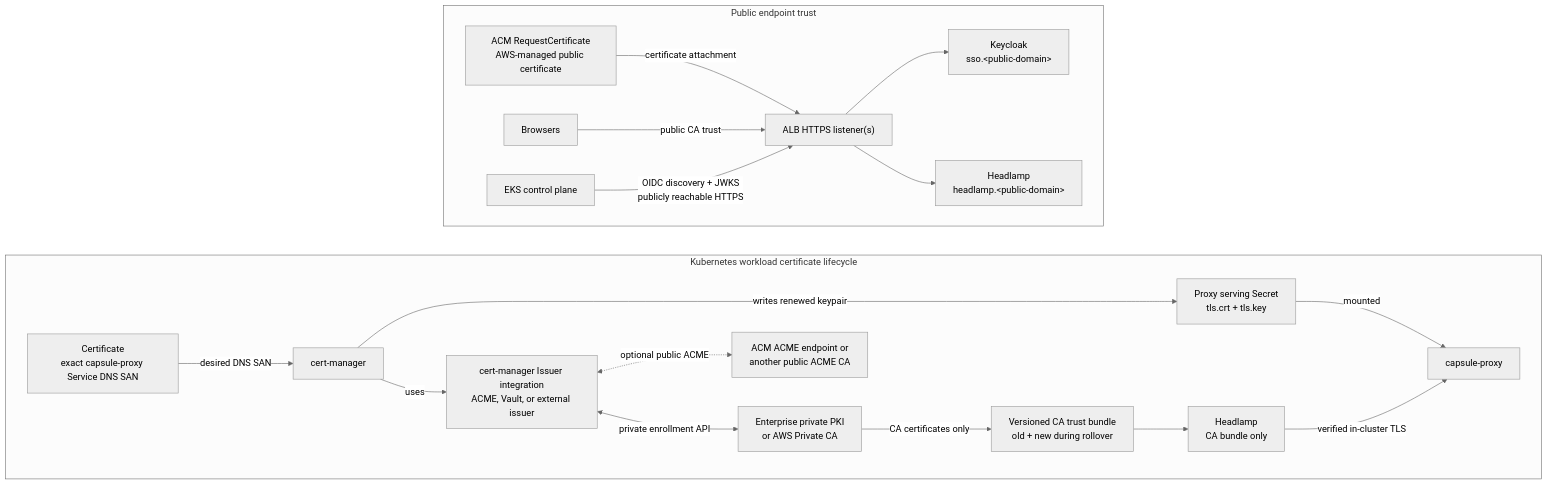
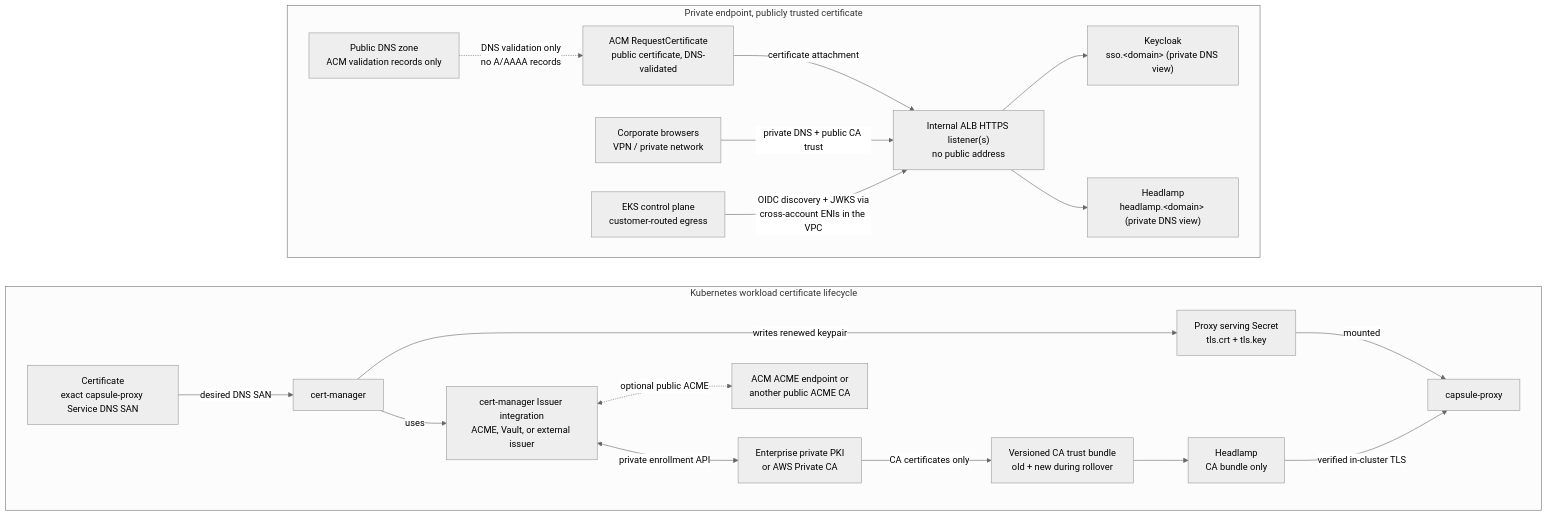
One commit to richard-iovanisci/karyon changed the second of 2 diagrams in docs/eks-oidc-tenancy-flow.md. Above: the diagram before and after it, drawn with Mermaid (neutral theme). The commit also changed other lines of this file and 2 other files, not shown here.

First line of the commit message:
docs(eks): align the certificate/trust flow with the private-issuer posture

````diff
--- a/docs/eks-oidc-tenancy-flow.md
+++ b/docs/eks-oidc-tenancy-flow.md
@@ -68,42 +75,44 @@
 ```mermaid
 flowchart TB
-  subgraph PublicEdge ["Public endpoint trust"]
+  subgraph PrivateEdge ["Private endpoint, publicly trusted certificate"]
     direction LR
-    Browser["Browsers"]
-    ControlPlane["EKS control plane"]
-    ACM["ACM RequestCertificate<br/>AWS-managed public certificate"]
-    ALB["ALB HTTPS listener(s)"]
-    Keycloak["Keycloak<br/>sso.&lt;public-domain&gt;"]
-    HeadlampEdge["Headlamp<br/>headlamp.&lt;public-domain&gt;"]
+    Browser["Corporate browsers<br/>VPN / private network"]
+    ControlPlane["EKS control plane<br/>customer-routed egress"]
+    PublicDNS["Public DNS zone<br/>ACM validation records only"]
+    ACM["ACM RequestCertificate<br/>public certificate, DNS-validated"]
+    ALB["Internal ALB HTTPS listener(s)<br/>no public address"]
+    Keycloak["Keycloak<br/>sso.&lt;domain&gt; (private DNS view)"]
+    HeadlampEdge["Headlamp<br/>headlamp.&lt;domain&gt; (private DNS view)"]
+    PublicDNS -. "DNS validation only<br/>no A/AAAA records" .-> ACM
     ACM -->|"certificate attachment"| ALB
-    Browser -->|"public CA trust"| ALB
-    ControlPlane -->|"OIDC discovery + JWKS<br/>publicly reachable HTTPS"| ALB
+    Browser -->|"private DNS + public CA trust"| ALB
+    ControlPlane -->|"OIDC discovery + JWKS via<br/>cross-account ENIs in the VPC"| ALB
     ALB --> Keycloak
     ALB --> HeadlampEdge
   end
 
   subgraph WorkloadTrust ["Kubernetes workload certificate lifecycle"]
     direction LR
     EnterpriseCA["Enterprise private PKI<br/>or AWS Private CA"]
     PublicACME["ACM ACME endpoint or<br/>another public ACME CA"]
     Issuer["cert-manager Issuer integration<br/>ACME, Vault, or external issuer"]
     CertManager["cert-manager"]
     ProxyCertificate["Certificate<br/>exact capsule-proxy Service DNS SAN"]
     ServingSecret["Proxy serving Secret<br/>tls.crt + tls.key"]
     Proxy["capsule-proxy"]
     TrustBundle["Versioned CA trust bundle<br/>old + new during rollover"]
     Headlamp["Headlamp<br/>CA bundle only"]
 
     ProxyCertificate -->|"desired DNS SAN"| CertManager
     CertManager -->|"uses"| Issuer
     Issuer <-->|"private enrollment API"| EnterpriseCA
     Issuer <-. "optional public ACME" .-> PublicACME
     CertManager -->|"writes renewed keypair"| ServingSecret
     ServingSecret -->|"mounted"| Proxy
     TrustBundle --> Headlamp
     Headlamp -->|"verified in-cluster TLS"| Proxy
     EnterpriseCA -->|"CA certificates only"| TrustBundle
   end
 
-  PublicEdge ~~~ WorkloadTrust
+  PrivateEdge ~~~ WorkloadTrust
 ```
````
